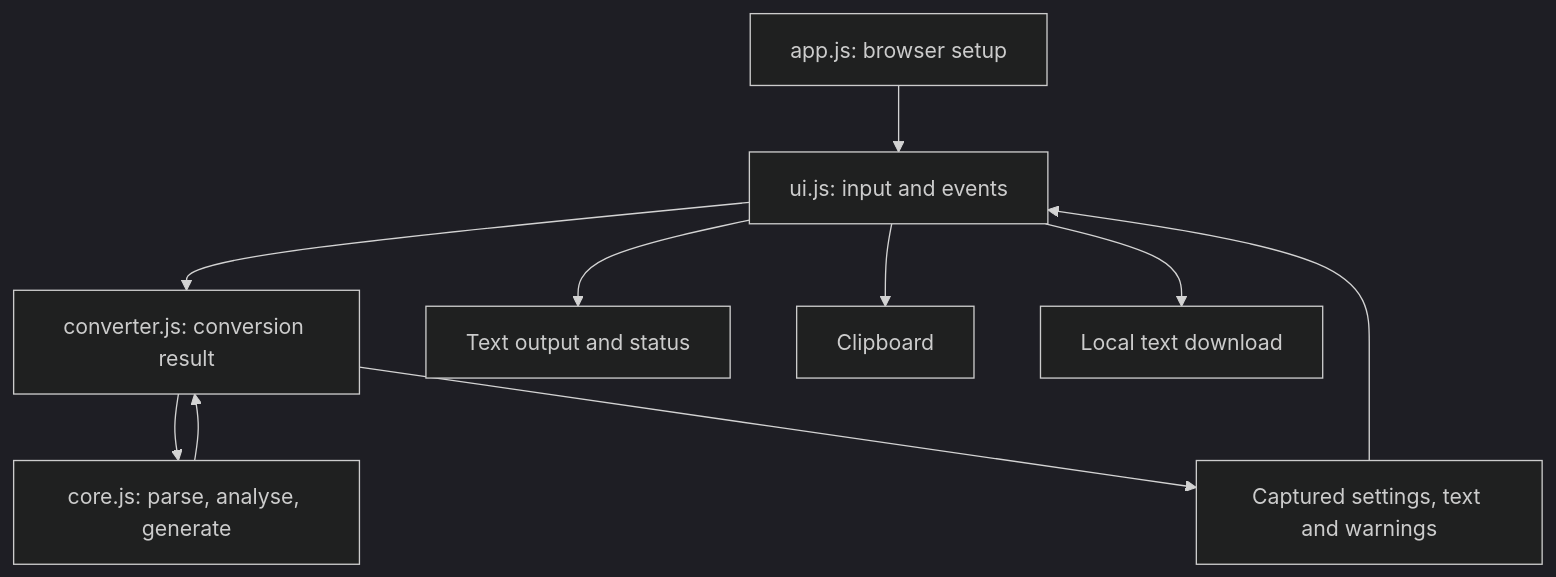
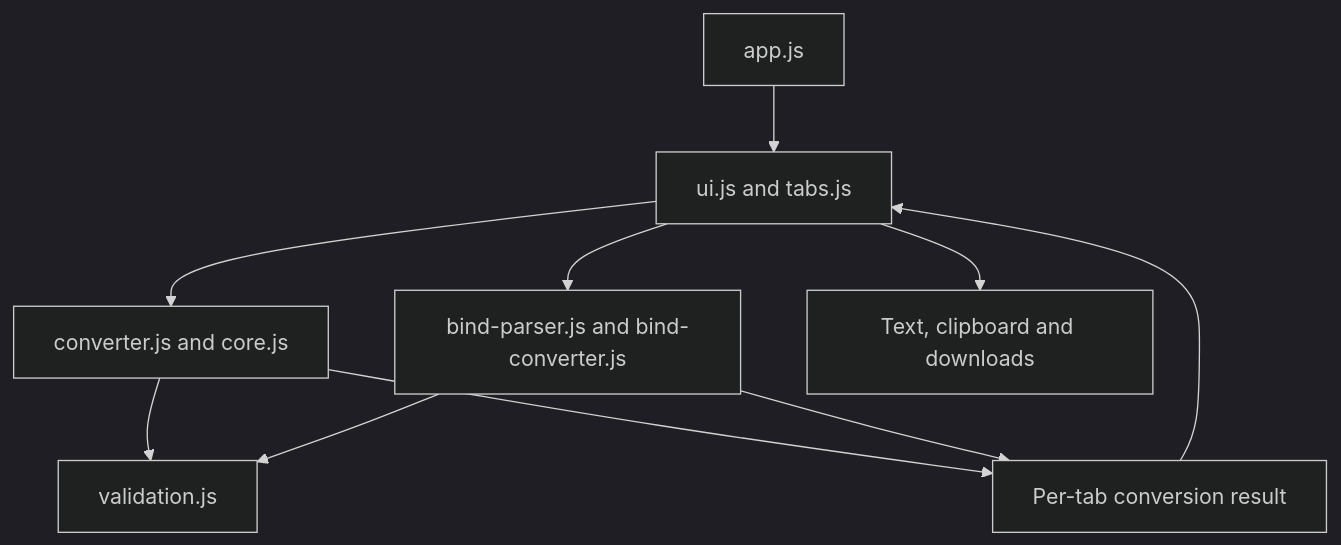
Before and after one commit to safesploitOrg/bind9-zone-generator: the diagram in ARCHITECTURE.md, drawn with Mermaid (dark theme). The commit also changed other lines of this file and 38 other files, not shown here.

First line of the commit message:
Add bidirectional DNS converter and parser bounds

````diff
--- a/ARCHITECTURE.md
+++ b/ARCHITECTURE.md
@@ -37,12 +34,12 @@
 ```mermaid
 flowchart TD
-    App["app.js: browser setup"] --> UI["ui.js: input and events"]
-    UI --> Converter["converter.js: conversion result"]
-    Converter --> Core["core.js: parse, analyse, generate"]
-    Core --> Converter
-    Converter --> Result["Captured settings, text and warnings"]
+    App["app.js"] --> UI["ui.js and tabs.js"]
+    UI --> Hosts["converter.js and core.js"]
+    UI --> Bind["bind-parser.js and bind-converter.js"]
+    Hosts --> Shared["validation.js"]
+    Bind --> Shared
+    Hosts --> Result["Per-tab conversion result"]
+    Bind --> Result
     Result --> UI
-    UI --> Screen["Text output and status"]
-    UI --> Clipboard["Clipboard"]
-    UI --> Files["Local text download"]
+    UI --> Output["Text, clipboard and downloads"]
 ```
````
